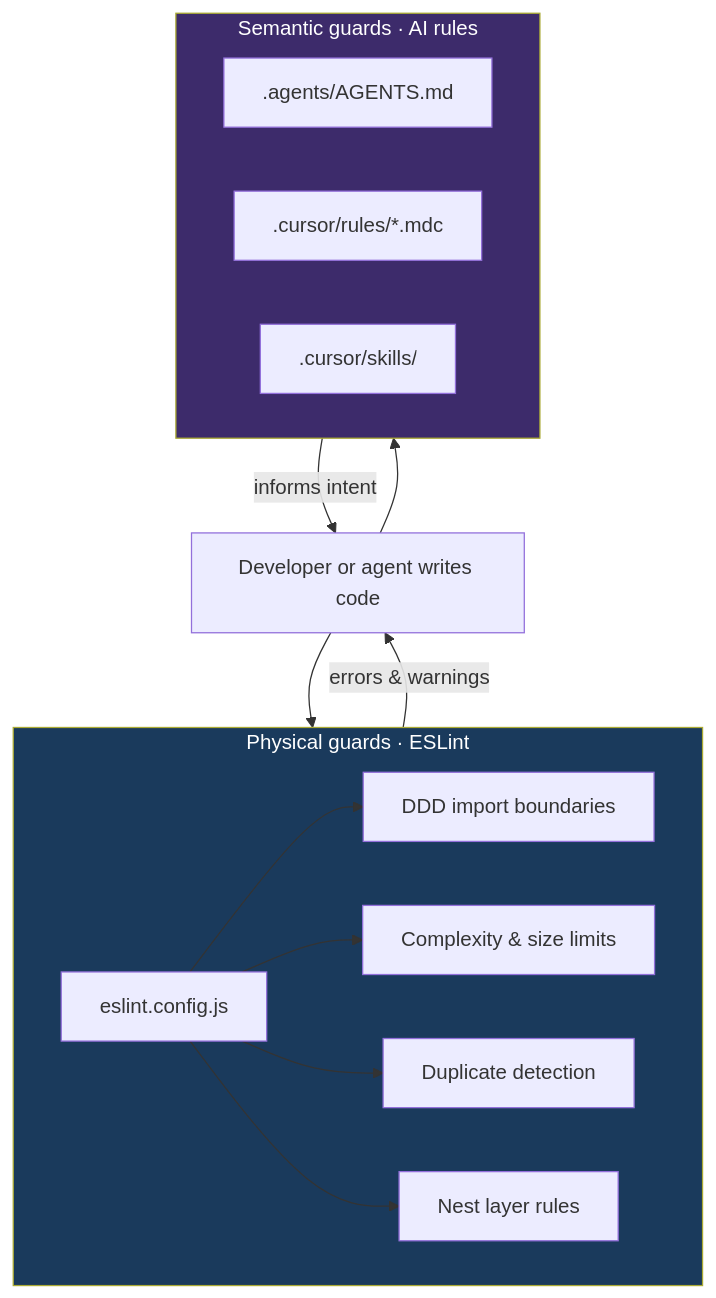
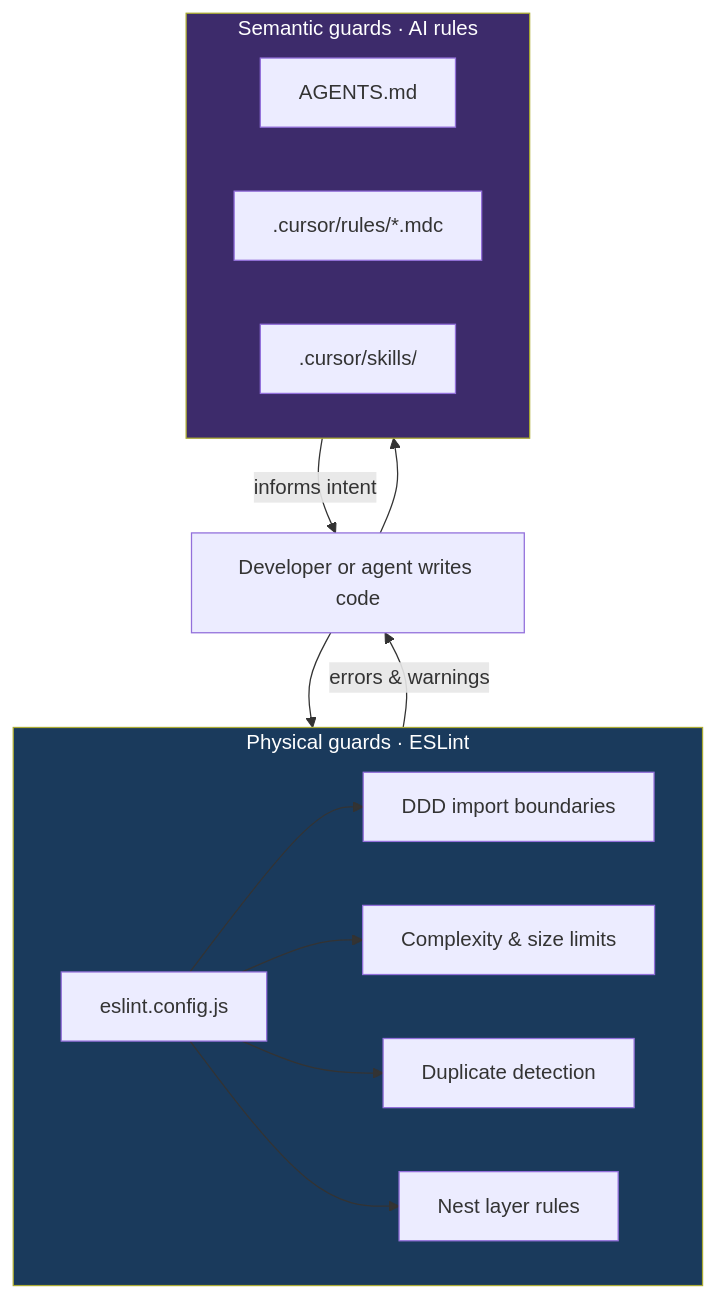
One commit to AlanGreyjoy/claudecitizen changed the first of 4 diagrams in docs/docs/engineering/physical-guards.md. Above: the diagram before and after it, drawn with Mermaid. The commit also changed other lines of this file and 18 other files, not shown here.

````diff
--- a/docs/docs/engineering/physical-guards.md
+++ b/docs/docs/engineering/physical-guards.md
@@ -18,25 +18,25 @@
 ```mermaid
 flowchart TB
   subgraph physical ["Physical guards · ESLint"]
     Lint[eslint.config.js]
     Lint --> DDD[DDD import boundaries]
     Lint --> SRP[Complexity & size limits]
     Lint --> DRY[Duplicate detection]
     Lint --> Nest[Nest layer rules]
   end
 
   subgraph semantic ["Semantic guards · AI rules"]
-    Agents[.agents/AGENTS.md]
+    Agents[AGENTS.md]
     Cursor[.cursor/rules/*.mdc]
     Skills[.cursor/skills/]
   end
 
   Dev[Developer or agent writes code]
   Dev --> semantic
   semantic -->|informs intent| Dev
   Dev --> physical
   physical -->|errors & warnings| Dev
 
   style physical fill:#1a3a5c,color:#fff
   style semantic fill:#3d2b6b,color:#fff
 ```
````
